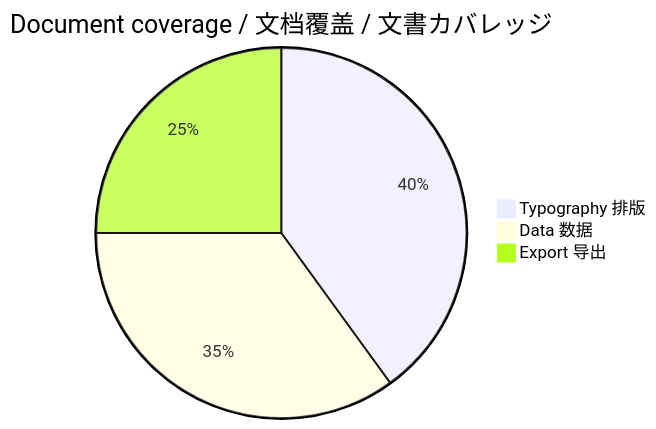
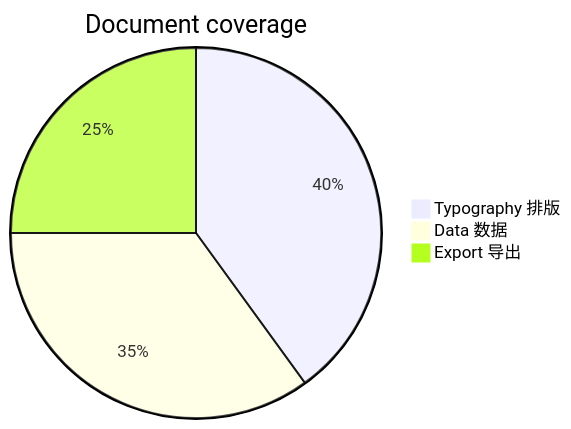
Before and after one commit to genskyff/typora-arkfield: the third of 4 diagrams in assets/coverage.md, drawn with Mermaid. The commit also changed other lines of this file, not shown here.

First line of the commit message:
docs: shorten the pie chart title

````diff
--- a/assets/coverage.md
+++ b/assets/coverage.md
@@ -268,6 +268,6 @@
 ```mermaid
-pie title Document coverage / 文档覆盖 / 文書カバレッジ
+pie title Document coverage
   "Typography 排版" : 40
   "Data 数据" : 35
   "Export 导出" : 25
 ```
````
